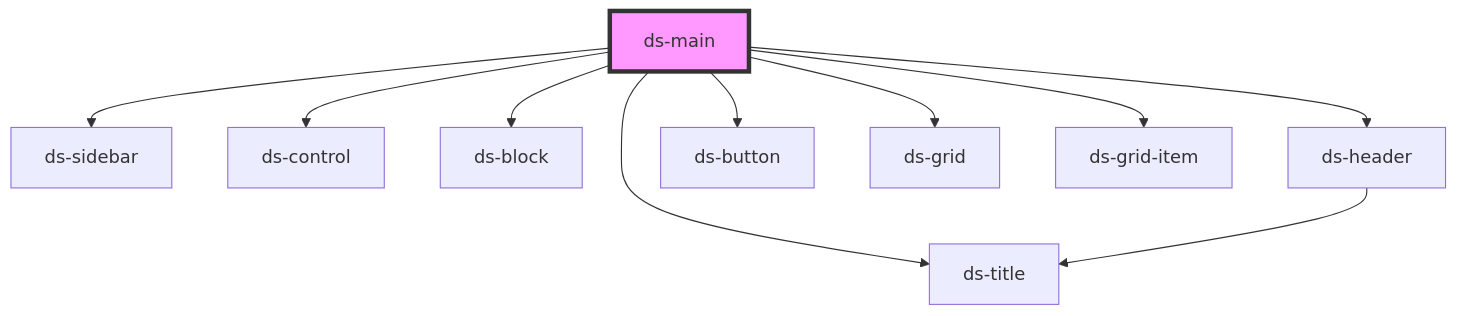
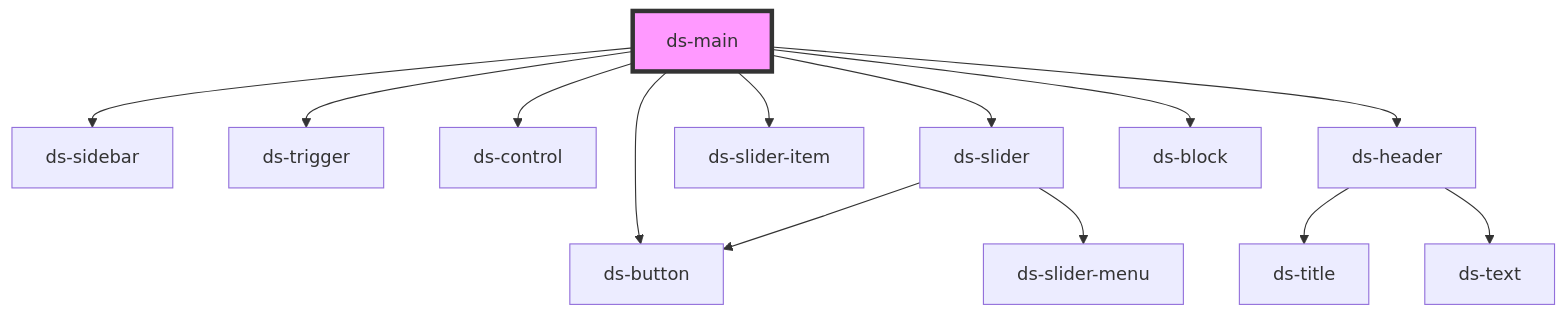
One commit to jezoock/dot-stash changed the diagram in components/readme.md. Above: the diagram before and after it, drawn with Mermaid. The commit also changed other lines of this file and 28 other files, not shown here.

````diff
--- a/components/readme.md
+++ b/components/readme.md
@@ -35,13 +35,16 @@
 ```mermaid
 graph TD;
   ds-main --> ds-sidebar
+  ds-main --> ds-trigger
   ds-main --> ds-control
+  ds-main --> ds-slider
+  ds-main --> ds-slider-item
+  ds-main --> ds-header
   ds-main --> ds-block
-  ds-main --> ds-header
   ds-main --> ds-button
-  ds-main --> ds-title
-  ds-main --> ds-grid
-  ds-main --> ds-grid-item
+  ds-slider --> ds-button
+  ds-slider --> ds-slider-menu
   ds-header --> ds-title
+  ds-header --> ds-text
   style ds-main fill:#f9f,stroke:#333,stroke-width:4px
 ```
````
